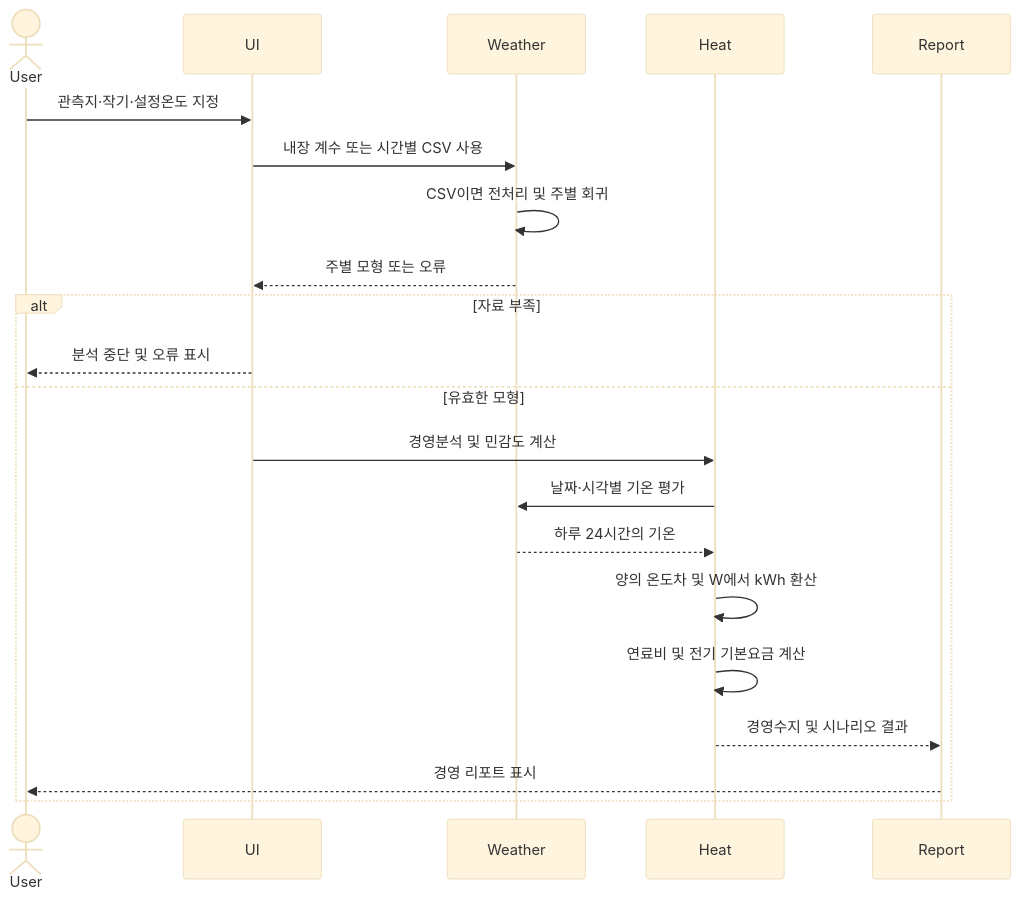
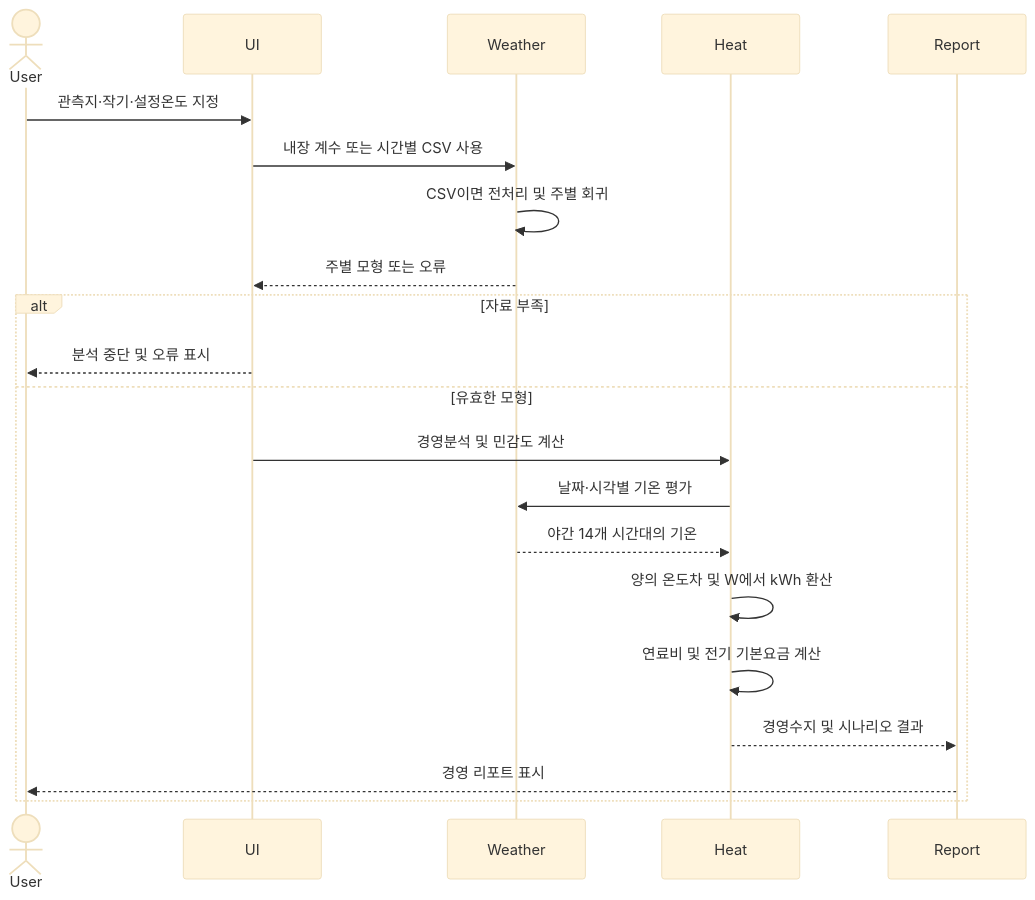
The third of 5 diagrams in releases/v0.5/docs/APP_BLUEPRINT.md (kuk-jong/fig-heating-decision-app), drawn with Mermaid (base theme) before and after one commit. The commit also changed other lines of this file and 13 other files, not shown here.

````diff
--- a/releases/v0.5/docs/APP_BLUEPRINT.md
+++ b/releases/v0.5/docs/APP_BLUEPRINT.md
@@ -177,23 +181,23 @@
 ```mermaid
 sequenceDiagram
     actor User
     participant UI
     participant Weather
     participant Heat
     participant Report
     User->>UI: 관측지·작기·설정온도 지정
     UI->>Weather: 내장 계수 또는 시간별 CSV 사용
     Weather->>Weather: CSV이면 전처리 및 주별 회귀
     Weather-->>UI: 주별 모형 또는 오류
     alt 자료 부족
         UI-->>User: 분석 중단 및 오류 표시
     else 유효한 모형
         UI->>Heat: 경영분석 및 민감도 계산
         Heat->>Weather: 날짜·시각별 기온 평가
-        Weather-->>Heat: 하루 24시간의 기온
+        Weather-->>Heat: 야간 14개 시간대의 기온
         Heat->>Heat: 양의 온도차 및 W에서 kWh 환산
         Heat->>Heat: 연료비 및 전기 기본요금 계산
         Heat-->>Report: 경영수지 및 시나리오 결과
         Report-->>User: 경영 리포트 표시
     end
 ```
````
